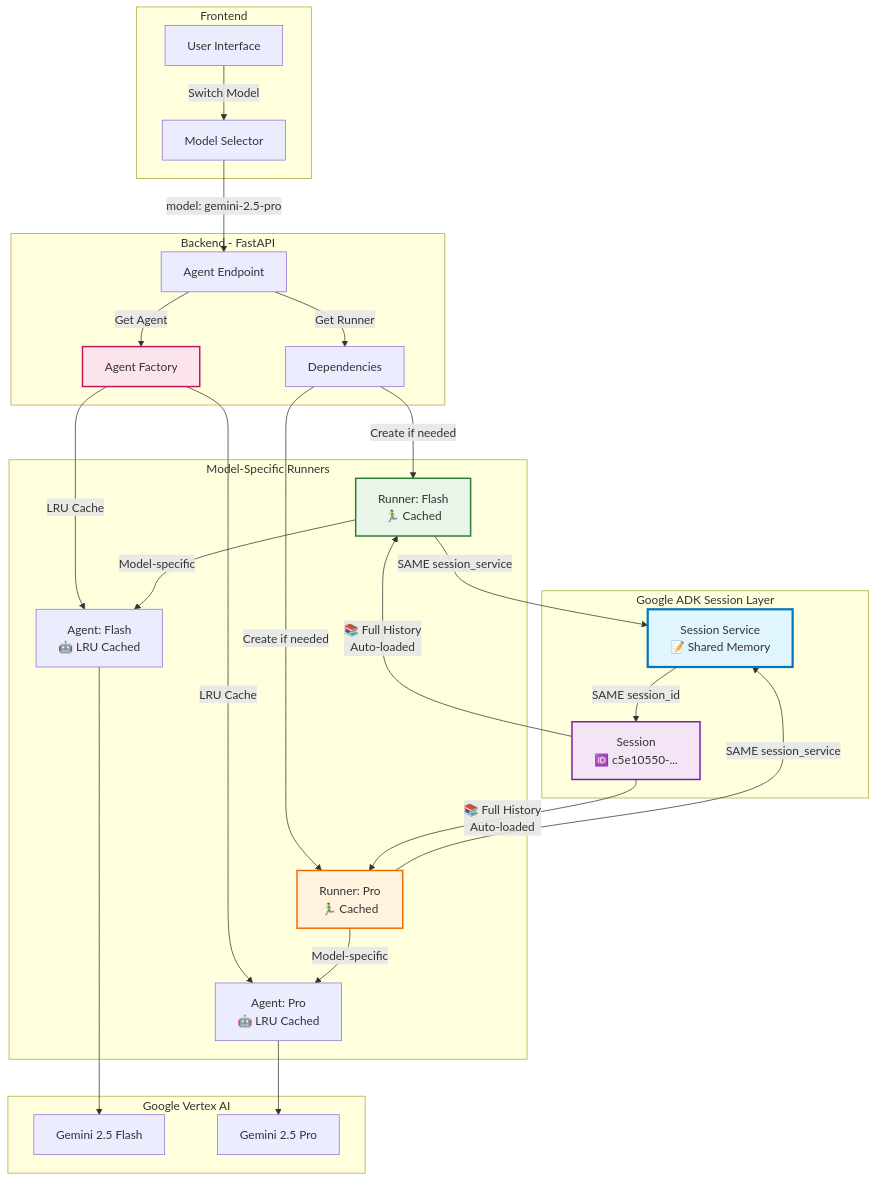
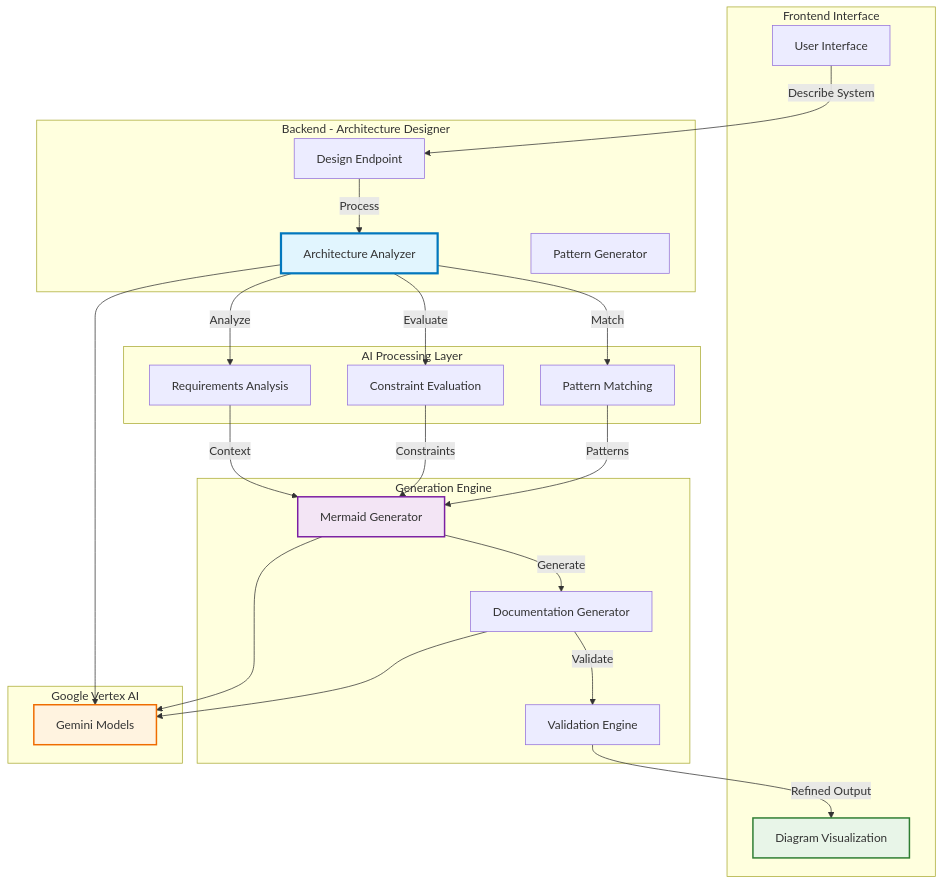
One commit to justmeloic/flowgen changed the second of 2 diagrams in services/backend/README.md. Above: the diagram before and after it, drawn with Mermaid. The commit also changed other lines of this file and 10 other files, not shown here.

First line of the commit message:
feat: transform to Architecture Designer

````diff
--- a/services/backend/README.md
+++ b/services/backend/README.md
@@ -42,57 +47,52 @@
 ```mermaid
 graph TB
-    subgraph "Frontend"
+    subgraph "Frontend Interface"
         UI[User Interface]
-        MS[Model Selector]
+        VIZ[Diagram Visualization]
     end
 
-    subgraph "Backend - FastAPI"
-        EP[Agent Endpoint]
-        AF[Agent Factory]
-        DEP[Dependencies]
+    subgraph "Backend - Architecture Designer"
+        EP[Design Endpoint]
+        AA[Architecture Analyzer]
+        PG[Pattern Generator]
     end
 
-    subgraph "Google ADK Session Layer"
-        SS[Session Service<br/>📝 Shared Memory]
-        SES[Session<br/>🆔 c5e10550-...]
+    subgraph "AI Processing Layer"
+        REQ[Requirements Analysis]
+        CON[Constraint Evaluation]
+        PAT[Pattern Matching]
     end
 
-    subgraph "Model-Specific Runners"
-        R1[Runner: Flash<br/>🏃‍♂️ Cached]
-        R2[Runner: Pro<br/>🏃‍♂️ Cached]
-        A1[Agent: Flash<br/>🤖 LRU Cached]
-        A2[Agent: Pro<br/>🤖 LRU Cached]
+    subgraph "Generation Engine"
+        MG[Mermaid Generator]
+        DG[Documentation Generator]
+        VG[Validation Engine]
     end
 
     subgraph "Google Vertex AI"
-        V1[Gemini 2.5 Flash]
-        V2[Gemini 2.5 Pro]
+        GM[Gemini Models]
     end
 
-    UI --> |"Switch Model"| MS
-    MS --> |"model: gemini-2.5-pro"| EP
-    EP --> |"Get Agent"| AF
-    AF --> |"LRU Cache"| A1
-    AF --> |"LRU Cache"| A2
-    EP --> |"Get Runner"| DEP
-    DEP --> |"Create if needed"| R1
-    DEP --> |"Create if needed"| R2
+    UI --> |"Describe System"| EP
+    EP --> |"Process"| AA
+    AA --> |"Analyze"| REQ
+    AA --> |"Evaluate"| CON
+    AA --> |"Match"| PAT
 
-    R1 --> |"SAME session_service"| SS
-    R2 --> |"SAME session_service"| SS
-    SS --> |"SAME session_id"| SES
+    REQ --> |"Context"| MG
+    CON --> |"Constraints"| MG
+    PAT --> |"Patterns"| MG
 
-    R1 --> |"Model-specific"| A1
-    R2 --> |"Model-specific"| A2
-    A1 --> V1
-    A2 --> V2
+    MG --> |"Generate"| DG
+    DG --> |"Validate"| VG
+    VG --> |"Refined Output"| VIZ
 
-    SES --> |"📚 Full History<br/>Auto-loaded"| R1
-    SES --> |"📚 Full History<br/>Auto-loaded"| R2
+    AA --> GM
+    MG --> GM
+    DG --> GM
 
-    style SS fill:#e1f5fe,stroke:#0277bd,stroke-width:3px
-    style SES fill:#f3e5f5,stroke:#7b1fa2,stroke-width:2px
-    style R1 fill:#e8f5e8,stroke:#2e7d32,stroke-width:2px
-    style R2 fill:#fff3e0,stroke:#ef6c00,stroke-width:2px
-    style AF fill:#fce4ec,stroke:#c2185b,stroke-width:2px
+    style AA fill:#e1f5fe,stroke:#0277bd,stroke-width:3px
+    style MG fill:#f3e5f5,stroke:#7b1fa2,stroke-width:2px
+    style VIZ fill:#e8f5e8,stroke:#2e7d32,stroke-width:2px
+    style GM fill:#fff3e0,stroke:#ef6c00,stroke-width:2px
 ```
````
